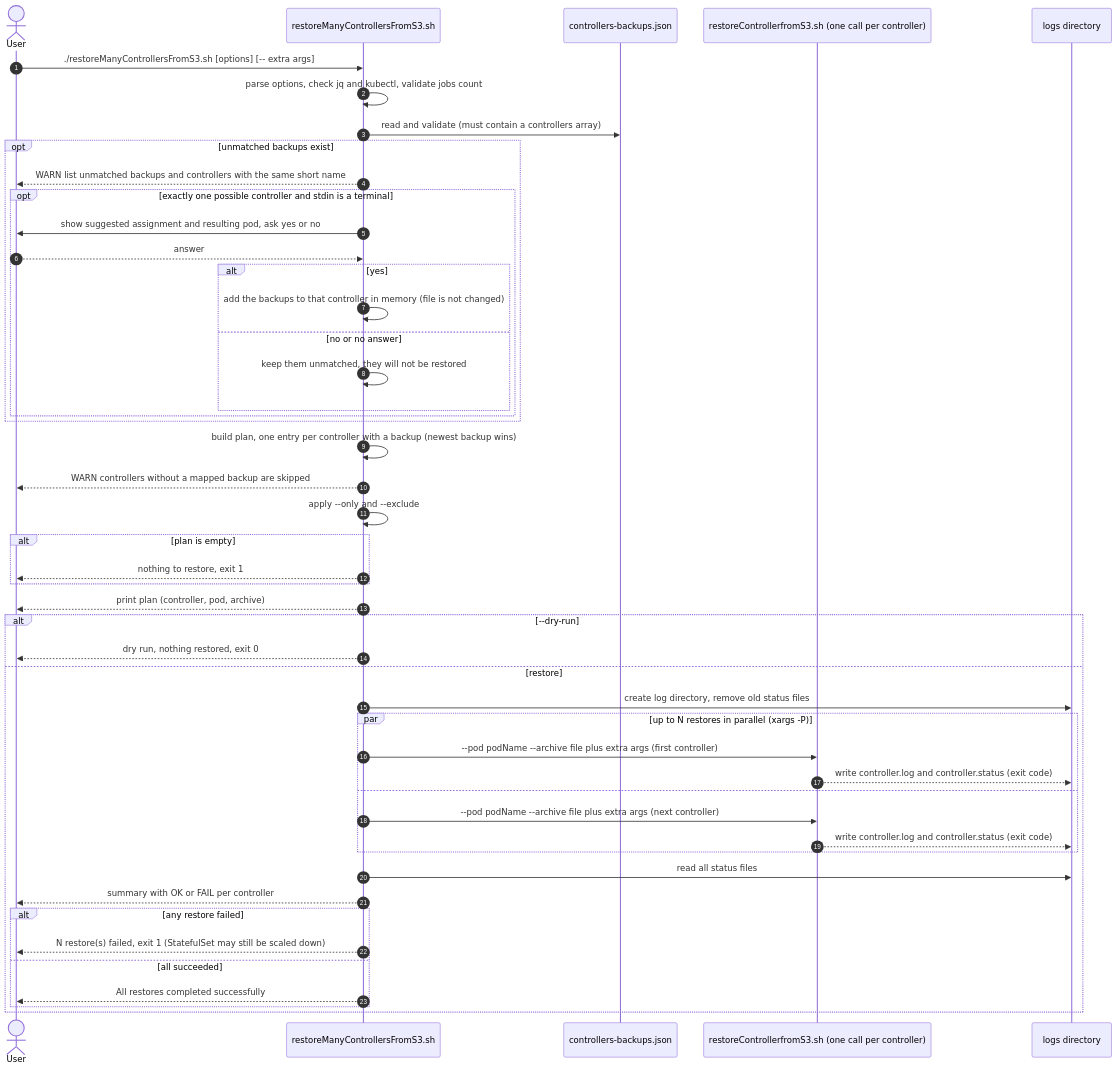
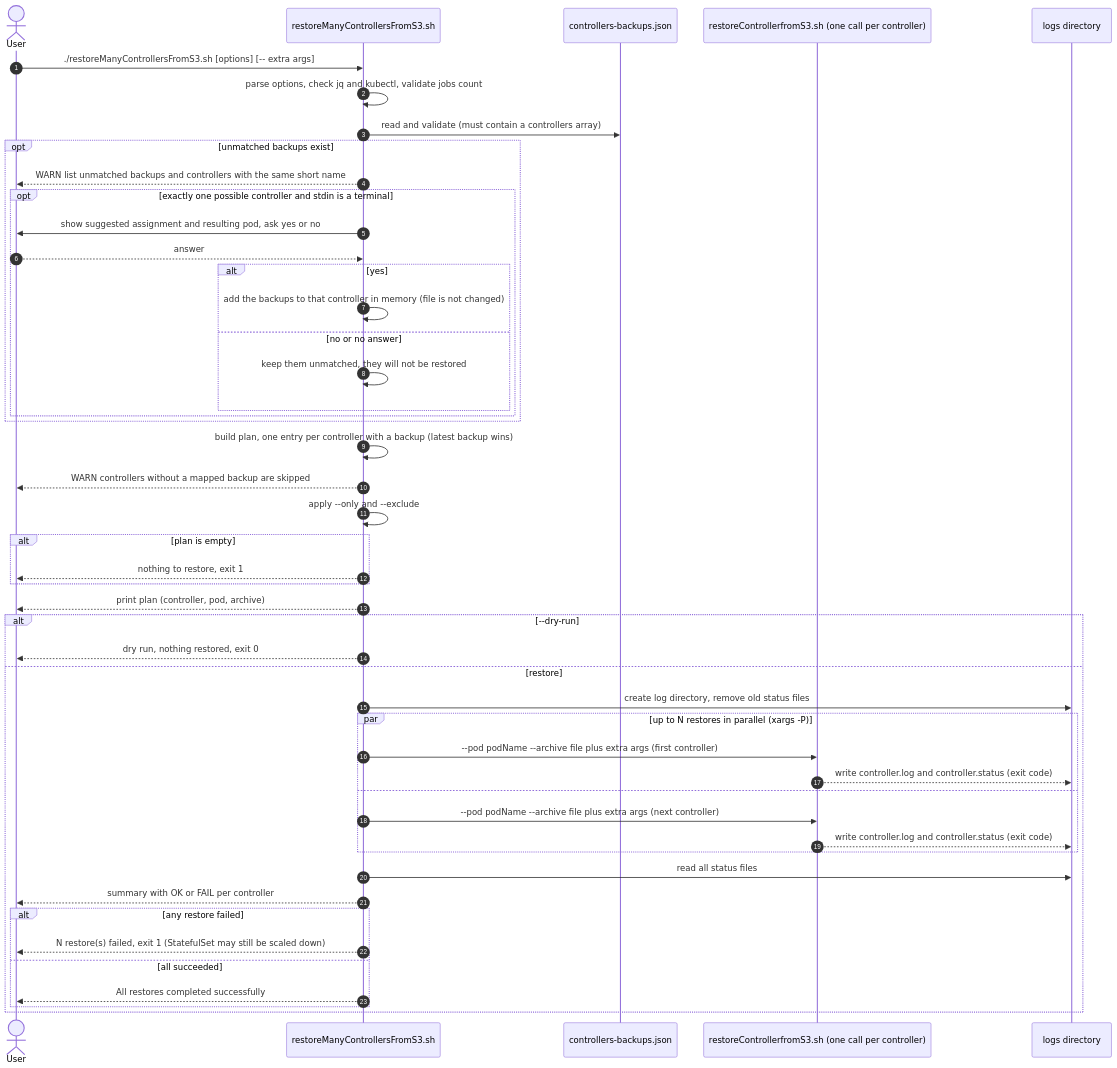
Before and after one commit to cb-ci/ci-backupandrestore: the third of 3 diagrams in README.md, drawn with Mermaid. The commit also changed other lines of this file and 4 other files, not shown here.

````diff
--- a/README.md
+++ b/README.md
@@ -475,54 +524,54 @@
 ```mermaid
 sequenceDiagram
     autonumber
     actor User
     participant Script as restoreManyControllersFromS3.sh
     participant File as controllers-backups.json
     participant Restore as restoreControllerfromS3.sh (one call per controller)
     participant Logs as logs directory
 
     User->>Script: ./restoreManyControllersFromS3.sh [options] [-- extra args]
     Script->>Script: parse options, check jq and kubectl, validate jobs count
     Script->>File: read and validate (must contain a controllers array)
 
     opt unmatched backups exist
         Script-->>User: WARN list unmatched backups and controllers with the same short name
         opt exactly one possible controller and stdin is a terminal
             Script->>User: show suggested assignment and resulting pod, ask yes or no
             User-->>Script: answer
             alt yes
                 Script->>Script: add the backups to that controller in memory (file is not changed)
             else no or no answer
                 Script->>Script: keep them unmatched, they will not be restored
             end
         end
     end
 
-    Script->>Script: build plan, one entry per controller with a backup (newest backup wins)
+    Script->>Script: build plan, one entry per controller with a backup (latest backup wins)
     Script-->>User: WARN controllers without a mapped backup are skipped
     Script->>Script: apply --only and --exclude
     alt plan is empty
         Script-->>User: nothing to restore, exit 1
     end
     Script-->>User: print plan (controller, pod, archive)
 
     alt --dry-run
         Script-->>User: dry run, nothing restored, exit 0
     else restore
         Script->>Logs: create log directory, remove old status files
         par up to N restores in parallel (xargs -P)
             Script->>Restore: --pod podName --archive file plus extra args (first controller)
             Restore-->>Logs: write controller.log and controller.status (exit code)
         and
             Script->>Restore: --pod podName --archive file plus extra args (next controller)
             Restore-->>Logs: write controller.log and controller.status (exit code)
         end
         Script->>Logs: read all status files
         Script-->>User: summary with OK or FAIL per controller
         alt any restore failed
             Script-->>User: N restore(s) failed, exit 1 (StatefulSet may still be scaled down)
         else all succeeded
             Script-->>User: All restores completed successfully
         end
     end
 ```
````
